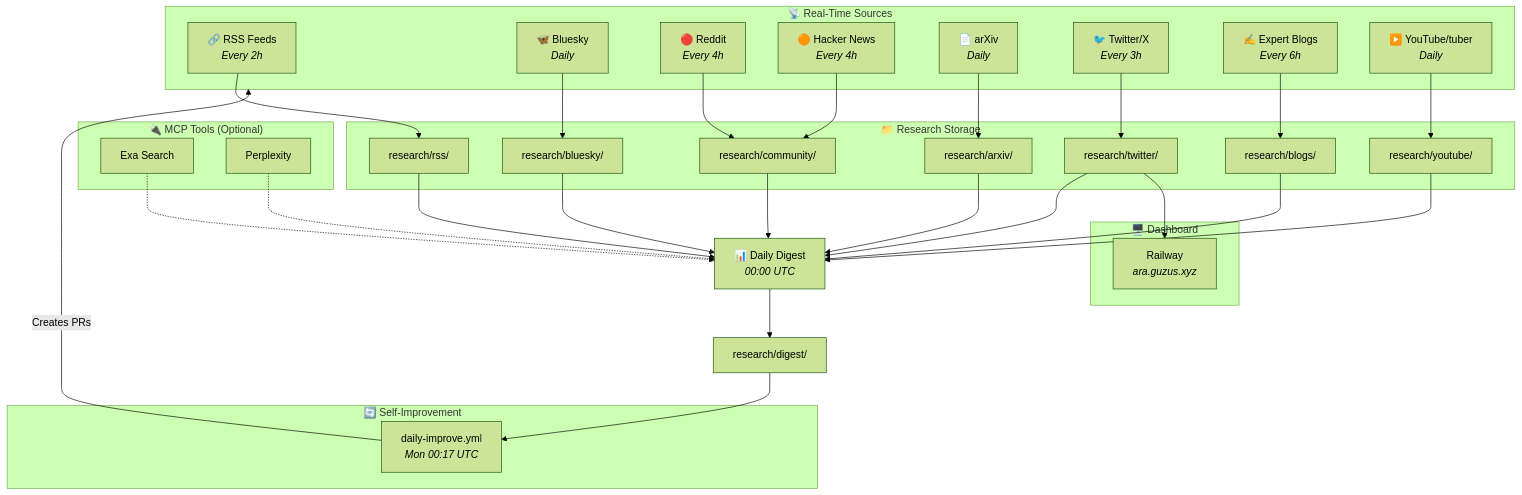
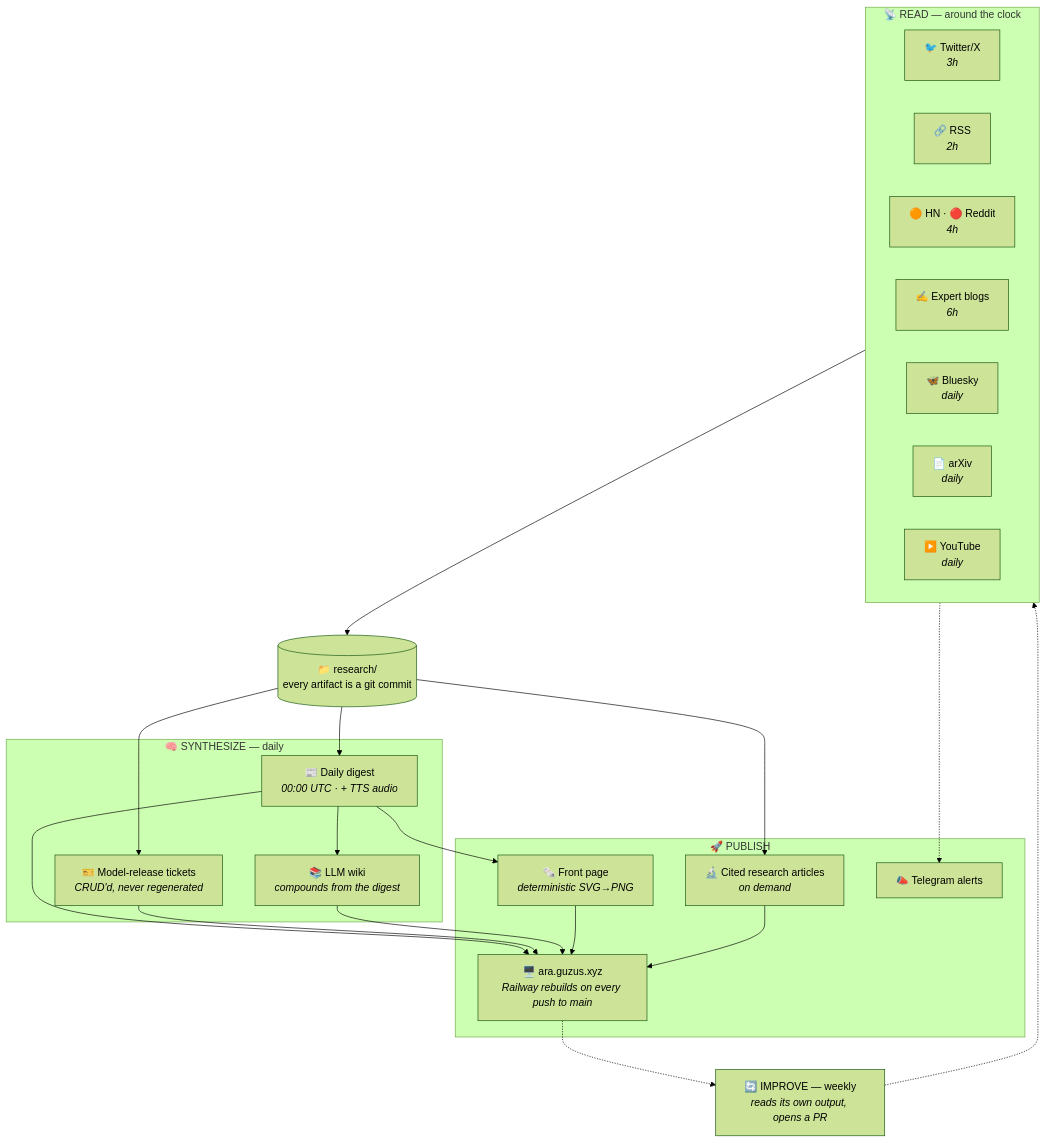
The first of 3 diagrams in README.md (guzus/ai-research-arm), drawn with Mermaid (forest theme) before and after one commit. The commit also changed other lines of this file, not shown here.

````diff
--- a/README.md
+++ b/README.md
@@ -46,64 +85,45 @@
 ```mermaid
 flowchart TB
-    subgraph sources["📡 Real-Time Sources"]
-        RSS["🔗 RSS Feeds<br/><i>Every 2h</i>"]
-        Bluesky["🦋 Bluesky<br/><i>Daily</i>"]
-        Reddit["🔴 Reddit<br/><i>Every 4h</i>"]
-        HN["🟠 Hacker News<br/><i>Every 4h</i>"]
-        arXiv["📄 arXiv<br/><i>Daily</i>"]
-        Twitter["🐦 Twitter/X<br/><i>Every 3h</i>"]
-        Blogs["✍️ Expert Blogs<br/><i>Every 6h</i>"]
-        YouTube["▶️ YouTube/tuber<br/><i>Daily</i>"]
+    subgraph read["📡 READ — around the clock"]
+        direction LR
+        Twitter["🐦 Twitter/X<br/><i>3h</i>"]
+        RSS["🔗 RSS<br/><i>2h</i>"]
+        HN["🟠 HN · 🔴 Reddit<br/><i>4h</i>"]
+        Blogs["✍️ Expert blogs<br/><i>6h</i>"]
+        Bluesky["🦋 Bluesky<br/><i>daily</i>"]
+        arXiv["📄 arXiv<br/><i>daily</i>"]
+        YouTube["▶️ YouTube<br/><i>daily</i>"]
     end
 
-    subgraph mcp["🔌 MCP Tools (Optional)"]
-        Exa["Exa Search"]
-        Perplexity["Perplexity"]
+    read --> store[("📁 research/<br/>every artifact is a git commit")]
+
+    subgraph synth["🧠 SYNTHESIZE — daily"]
+        Digest["📰 Daily digest<br/><i>00:00 UTC · + TTS audio</i>"]
+        Tickets["🎫 Model-release tickets<br/><i>CRUD'd, never regenerated</i>"]
+        Wiki["📚 LLM wiki<br/><i>compounds from the digest</i>"]
     end
 
-    subgraph storage["📁 Research Storage"]
-        rss_out["research/rss/"]
-        bluesky_out["research/bluesky/"]
-        community_out["research/community/"]
-        arxiv_out["research/arxiv/"]
-        twitter_out["research/twitter/"]
-        blogs_out["research/blogs/"]
-        youtube_out["research/youtube/"]
+    store --> Digest
+    store --> Tickets
+    Digest --> Wiki
+
+    subgraph publish["🚀 PUBLISH"]
+        Front["🗞️ Front page<br/><i>deterministic SVG→PNG</i>"]
+        Gen["🔬 Cited research articles<br/><i>on demand</i>"]
+        TG["📣 Telegram alerts"]
+        Site["🖥️ ara.guzus.xyz<br/><i>Railway rebuilds on every push to main</i>"]
     end
 
-    RSS --> rss_out
-    Bluesky --> bluesky_out
-    Reddit --> community_out
-    HN --> community_out
-    arXiv --> arxiv_out
-    Twitter --> twitter_out
-    Blogs --> blogs_out
-    YouTube --> youtube_out
+    Digest --> Front
+    store --> Gen
+    Twitter -.-> TG
+    Digest --> Site
+    Tickets --> Site
+    Wiki --> Site
+    Front --> Site
+    Gen --> Site
 
-    rss_out --> Digest
-    bluesky_out --> Digest
-    community_out --> Digest
-    arxiv_out --> Digest
-    twitter_out --> Digest
-    blogs_out --> Digest
-    youtube_out --> Digest
-
-    Exa -.-> Digest
-    Perplexity -.-> Digest
-
-    Digest["📊 Daily Digest<br/><i>00:00 UTC</i>"]
-    Digest --> digest_out["research/digest/"]
-
-    subgraph improve["🔄 Self-Improvement"]
-        Improve["daily-improve.yml<br/><i>Mon 00:17 UTC</i>"]
-    end
-
-    digest_out --> Improve
-    Improve -->|"Creates PRs"| sources
-
-    subgraph dashboard["🖥️ Dashboard"]
-        Railway["Railway<br/><i>ara.guzus.xyz</i>"]
-    end
-
-    twitter_out --> Railway
+    Improve["🔄 IMPROVE — weekly<br/><i>reads its own output, opens a PR</i>"]
+    Site -.-> Improve
+    Improve -.-> read
 ```
````
